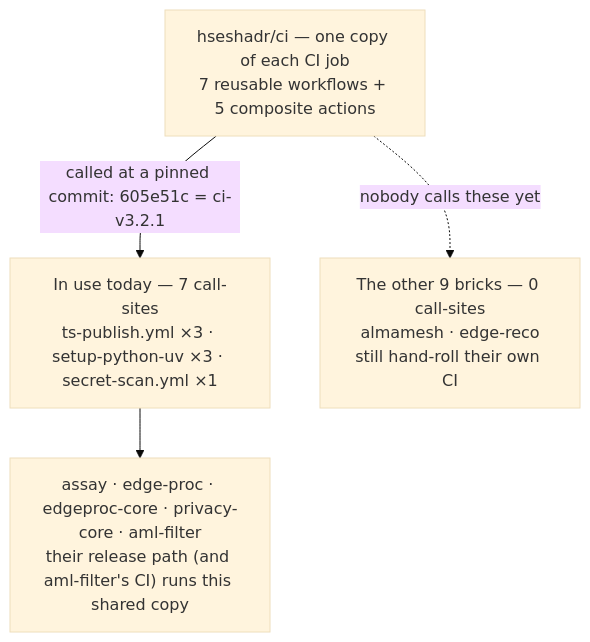
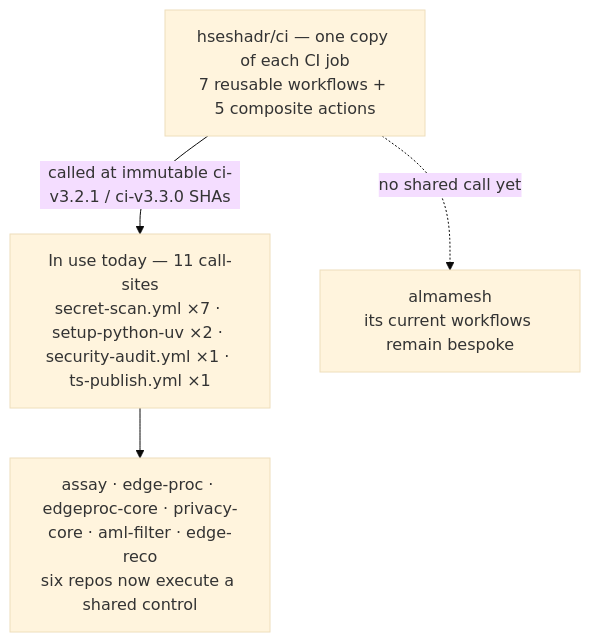
Before and after one commit to hseshadr/ci: the diagram in README.md, drawn with Mermaid (base theme). The commit also changed other lines of this file and 32 other files, not shown here.

````diff
--- a/README.md
+++ b/README.md
@@ -18,7 +18,7 @@
 ```mermaid
 flowchart TD
     CI["hseshadr/ci — one copy of each CI job<br/>7 reusable workflows + 5 composite actions"]
-    CI -->|"called at a pinned commit: 605e51c = ci-v3.2.1"| USED["In use today — 7 call-sites<br/>ts-publish.yml ×3 · setup-python-uv ×3 · secret-scan.yml ×1"]
-    USED --> WHO["assay · edge-proc · edgeproc-core · privacy-core · aml-filter<br/>their release path (and aml-filter's CI) runs this shared copy"]
-    CI -.->|"nobody calls these yet"| IDLE["The other 9 bricks — 0 call-sites<br/>almamesh · edge-reco<br/>still hand-roll their own CI"]
+    CI -->|"called at immutable ci-v3.2.1 / ci-v3.3.0 SHAs"| USED["In use today — 11 call-sites<br/>secret-scan.yml ×7 · setup-python-uv ×2 · security-audit.yml ×1 · ts-publish.yml ×1"]
+    USED --> WHO["assay · edge-proc · edgeproc-core · privacy-core · aml-filter · edge-reco<br/>six repos now execute a shared control"]
+    CI -.->|"no shared call yet"| IDLE["almamesh<br/>its current workflows remain bespoke"]
 ```
````
